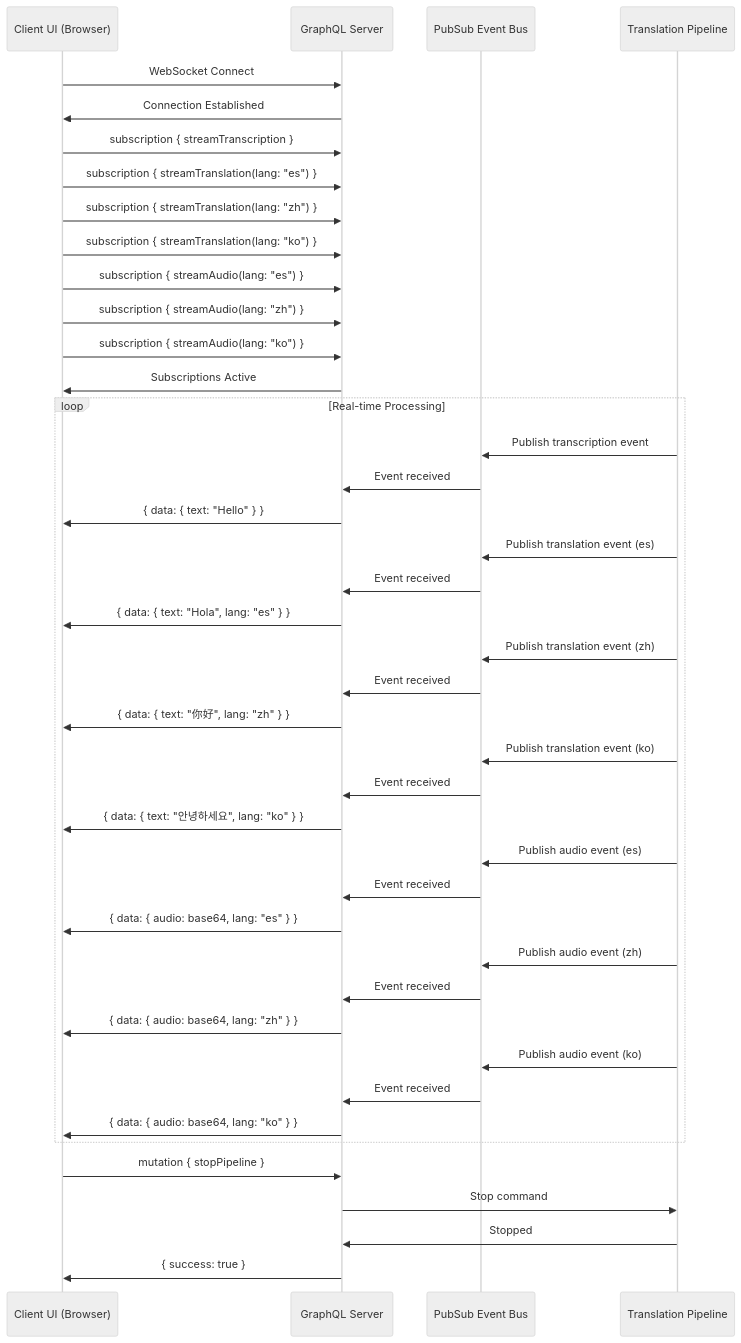
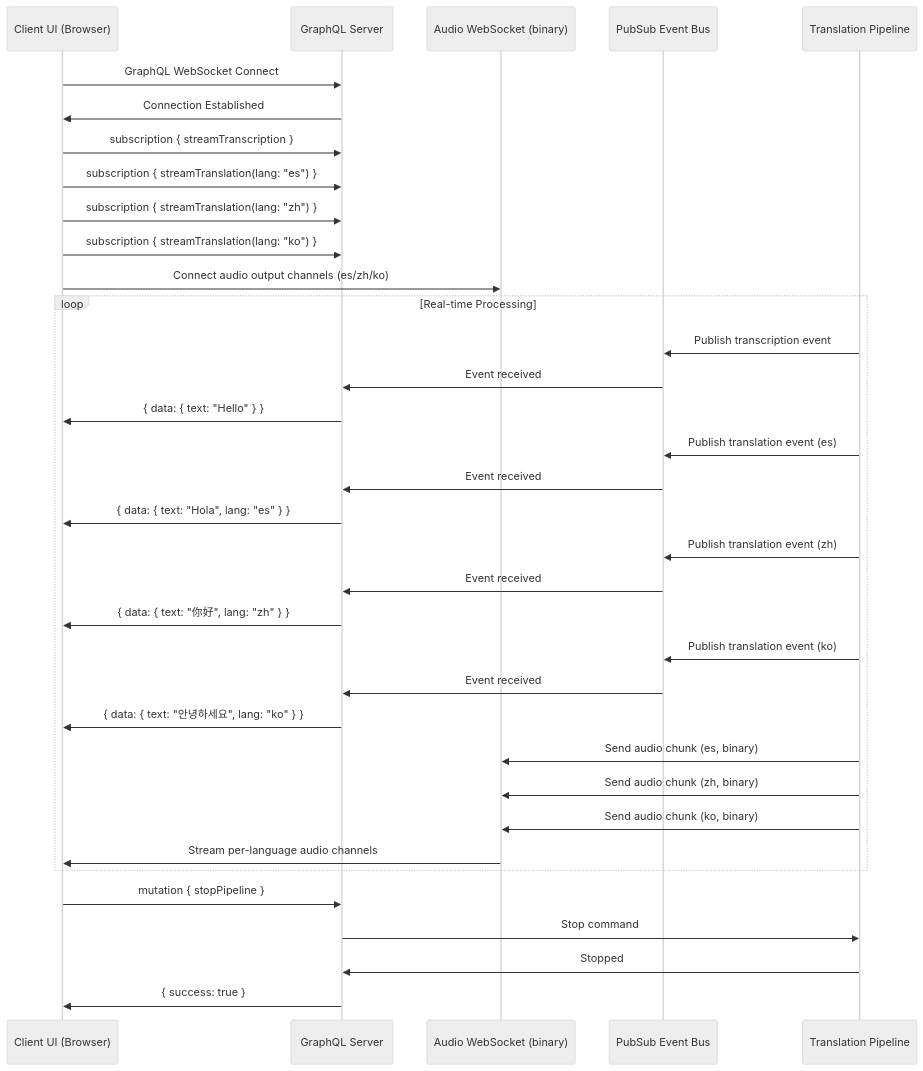
One commit to naturally-translate/voice-bridge changed the eighth of 17 diagrams in plans/project-plan.md. Above: the diagram before and after it, drawn with Mermaid (neutral theme). The commit also changed other lines of this file, not shown here.

````diff
--- a/plans/project-plan.md
+++ b/plans/project-plan.md
@@ -487,55 +491,45 @@
 ```mermaid
 sequenceDiagram
     participant Client as Client UI (Browser)
     participant Server as GraphQL Server
+    participant AudioWS as Audio WebSocket (binary)
     participant PubSub as PubSub Event Bus
     participant Pipeline as Translation Pipeline
 
-    Client->>Server: WebSocket Connect
+    Client->>Server: GraphQL WebSocket Connect
     Server->>Client: Connection Established
 
     Client->>Server: subscription { streamTranscription }
     Client->>Server: subscription { streamTranslation(lang: "es") }
     Client->>Server: subscription { streamTranslation(lang: "zh") }
     Client->>Server: subscription { streamTranslation(lang: "ko") }
-    Client->>Server: subscription { streamAudio(lang: "es") }
-    Client->>Server: subscription { streamAudio(lang: "zh") }
-    Client->>Server: subscription { streamAudio(lang: "ko") }
-
-    Server->>Client: Subscriptions Active
+    Client->>AudioWS: Connect audio output channels (es/zh/ko)
 
     loop Real-time Processing
         Pipeline->>PubSub: Publish transcription event
         PubSub->>Server: Event received
         Server->>Client: { data: { text: "Hello" } }
 
         Pipeline->>PubSub: Publish translation event (es)
         PubSub->>Server: Event received
         Server->>Client: { data: { text: "Hola", lang: "es" } }
 
         Pipeline->>PubSub: Publish translation event (zh)
         PubSub->>Server: Event received
         Server->>Client: { data: { text: "你好", lang: "zh" } }
 
         Pipeline->>PubSub: Publish translation event (ko)
         PubSub->>Server: Event received
         Server->>Client: { data: { text: "안녕하세요", lang: "ko" } }
 
-        Pipeline->>PubSub: Publish audio event (es)
-        PubSub->>Server: Event received
-        Server->>Client: { data: { audio: base64, lang: "es" } }
-
-        Pipeline->>PubSub: Publish audio event (zh)
-        PubSub->>Server: Event received
-        Server->>Client: { data: { audio: base64, lang: "zh" } }
-
-        Pipeline->>PubSub: Publish audio event (ko)
-        PubSub->>Server: Event received
-        Server->>Client: { data: { audio: base64, lang: "ko" } }
+        Pipeline->>AudioWS: Send audio chunk (es, binary)
+        Pipeline->>AudioWS: Send audio chunk (zh, binary)
+        Pipeline->>AudioWS: Send audio chunk (ko, binary)
+        AudioWS->>Client: Stream per-language audio channels
     end
 
     Client->>Server: mutation { stopPipeline }
     Server->>Pipeline: Stop command
     Pipeline->>Server: Stopped
     Server->>Client: { success: true }
 ```
````
